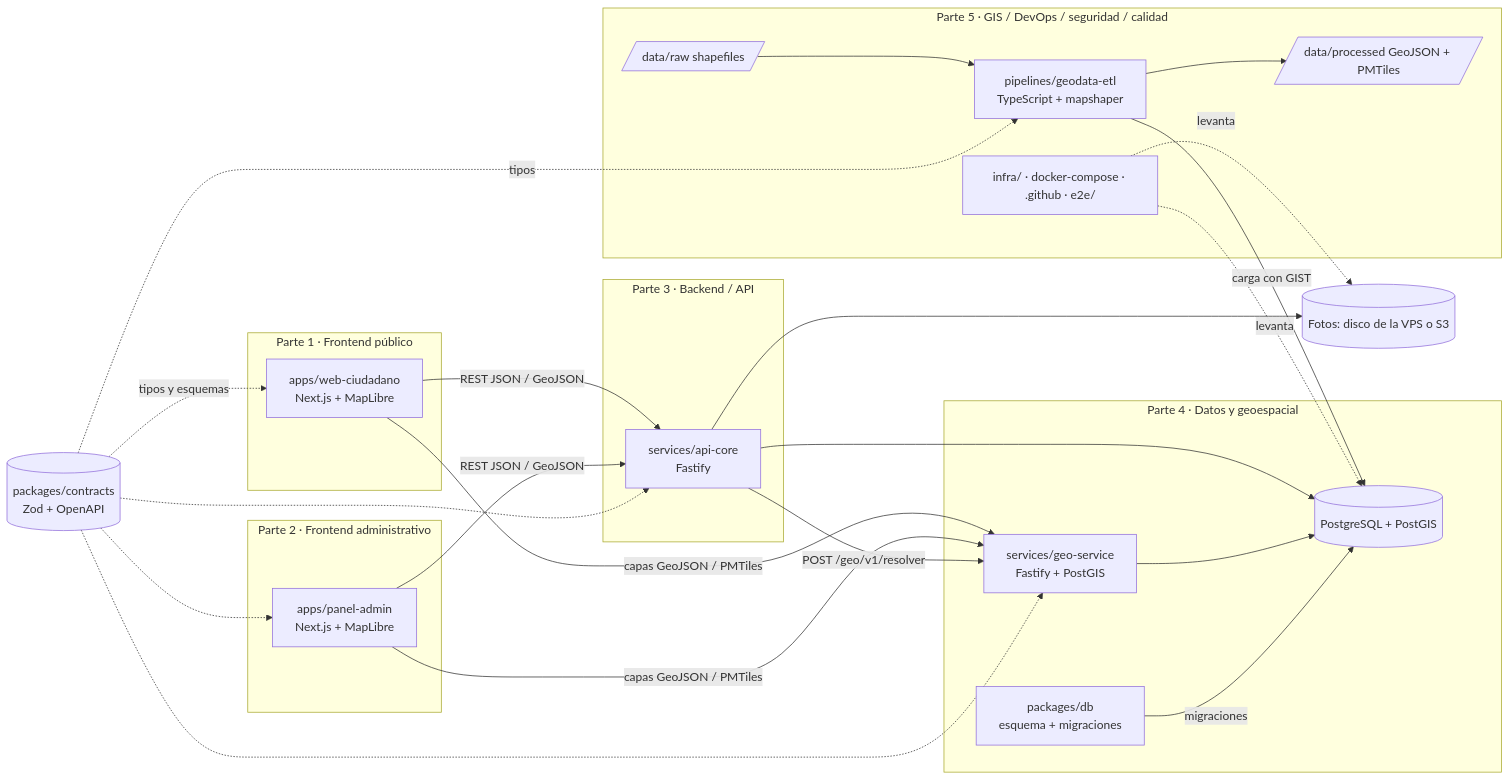
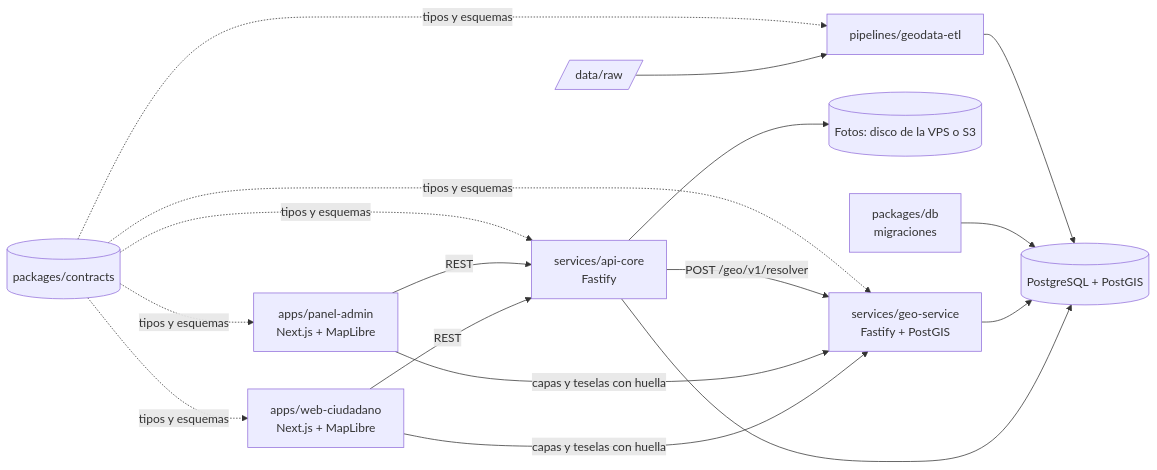
Before and after one commit to paltaunkwnow/MICURICHI: the diagram in CLAUDE.md, drawn with Mermaid. The commit also changed other lines of this file and 1 other file, not shown here.

````diff
--- a/CLAUDE.md
+++ b/CLAUDE.md
@@ -135,44 +99,14 @@
 ```mermaid
 flowchart LR
-  subgraph P1[Parte 1 · Frontend público]
-    WEB[apps/web-ciudadano<br/>Next.js + MapLibre]
-  end
-  subgraph P2[Parte 2 · Frontend administrativo]
-    ADM[apps/panel-admin<br/>Next.js + MapLibre]
-  end
-  subgraph P3[Parte 3 · Backend / API]
-    API[services/api-core<br/>Fastify]
-  end
-  subgraph P4[Parte 4 · Datos y geoespacial]
-    GEO[services/geo-service<br/>Fastify + PostGIS]
-    DBP[packages/db<br/>esquema + migraciones]
-    DB[(PostgreSQL + PostGIS)]
-  end
-  subgraph P5[Parte 5 · GIS / DevOps / seguridad / calidad]
-    ETL[pipelines/geodata-etl<br/>TypeScript + mapshaper]
-    INFRA[infra/ · docker-compose · .github · e2e/]
-    RAW[/data/raw shapefiles/]
-    PROC[/data/processed GeoJSON + PMTiles/]
-  end
-  C[(packages/contracts<br/>Zod + OpenAPI)]
-  S3[(Fotos: disco de la VPS o S3)]
-
-  WEB -->|REST JSON / GeoJSON| API
-  ADM -->|REST JSON / GeoJSON| API
-  WEB -->|capas GeoJSON / PMTiles| GEO
-  ADM -->|capas GeoJSON / PMTiles| GEO
-  API -->|POST /geo/v1/resolver| GEO
-  API --> DB
-  API --> S3
+  WEB[apps/web-ciudadano<br/>Next.js + MapLibre] -->|REST| API
+  ADM[apps/panel-admin<br/>Next.js + MapLibre] -->|REST| API
+  WEB -->|capas y teselas con huella| GEO
+  ADM -->|capas y teselas con huella| GEO
+  API[services/api-core<br/>Fastify] -->|POST /geo/v1/resolver| GEO[services/geo-service<br/>Fastify + PostGIS]
+  API --> DB[(PostgreSQL + PostGIS)]
+  API --> S3[(Fotos: disco de la VPS o S3)]
   GEO --> DB
-  DBP -->|migraciones| DB
-  RAW --> ETL --> PROC
-  ETL -->|carga con GIST| DB
-  INFRA -.levanta.-> DB
-  INFRA -.levanta.-> S3
-  C -.tipos y esquemas.-> WEB
-  C -.-> ADM
-  C -.-> API
-  C -.-> GEO
-  C -.tipos.-> ETL
+  DBP[packages/db<br/>migraciones] --> DB
+  RAW[/data/raw/] --> ETL[pipelines/geodata-etl] --> DB
+  C[(packages/contracts)] -.tipos y esquemas.-> WEB & ADM & API & GEO & ETL
 ```
````
